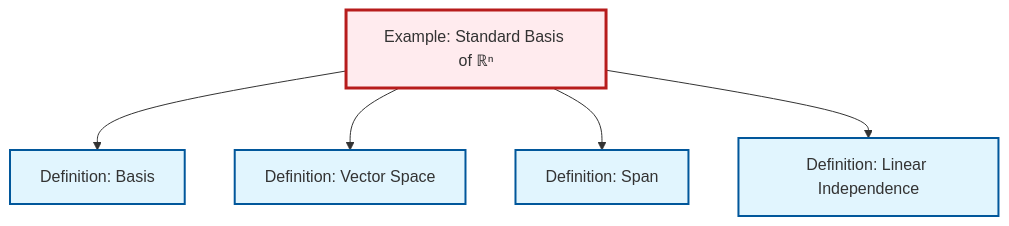
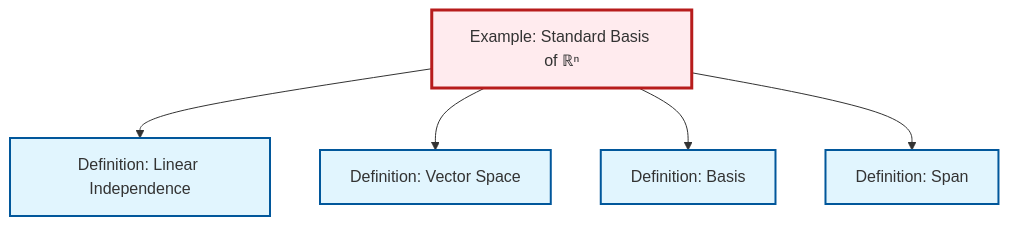
One commit to RK0429/ModernMath changed the diagram in content/ja/algebra/ex-standard-basis-rn.qmd. Above: the diagram before and after it, drawn with Mermaid. The commit also changed other lines of this file and 497 other files, not shown here.

````diff
--- a/content/ja/algebra/ex-standard-basis-rn.qmd
+++ b/content/ja/algebra/ex-standard-basis-rn.qmd
@@ -63,23 +63,23 @@
 ```{mermaid}
 %%| fig-cap: "Local dependency graph"
 graph TD
     classDef definition fill:#e1f5fe,stroke:#01579b,stroke-width:2px
     classDef theorem fill:#f3e5f5,stroke:#4a148c,stroke-width:2px
     classDef axiom fill:#fff3e0,stroke:#e65100,stroke-width:2px
     classDef example fill:#e8f5e9,stroke:#1b5e20,stroke-width:2px
     classDef current fill:#ffebee,stroke:#b71c1c,stroke-width:3px
+    ex-standard-basis-rn["Example: Standard Basis of ℝⁿ"]:::example
+    def-vector-space["Definition: Vector Space"]:::definition
     def-basis["Definition: Basis"]:::definition
+    def-linear-independence["Definition: Linear Independence"]:::definition
     def-span["Definition: Span"]:::definition
-    def-vector-space["Definition: Vector Space"]:::definition
-    ex-standard-basis-rn["Example: Standard Basis of ℝⁿ"]:::example
-    def-linear-independence["Definition: Linear Independence"]:::definition
+    ex-standard-basis-rn --> def-linear-independence
+    ex-standard-basis-rn --> def-vector-space
     ex-standard-basis-rn --> def-basis
-    ex-standard-basis-rn --> def-vector-space
     ex-standard-basis-rn --> def-span
-    ex-standard-basis-rn --> def-linear-independence
     class ex-standard-basis-rn current
+    click def-vector-space "def-vector-space.html" "Definition: Vector Spaceへ"
     click def-basis "def-basis.html" "Definition: Basisへ"
+    click def-linear-independence "def-linear-independence.html" "Definition: Linear Independenceへ"
     click def-span "def-span.html" "Definition: Spanへ"
-    click def-vector-space "def-vector-space.html" "Definition: Vector Spaceへ"
-    click def-linear-independence "def-linear-independence.html" "Definition: Linear Independenceへ"
 ```
````
